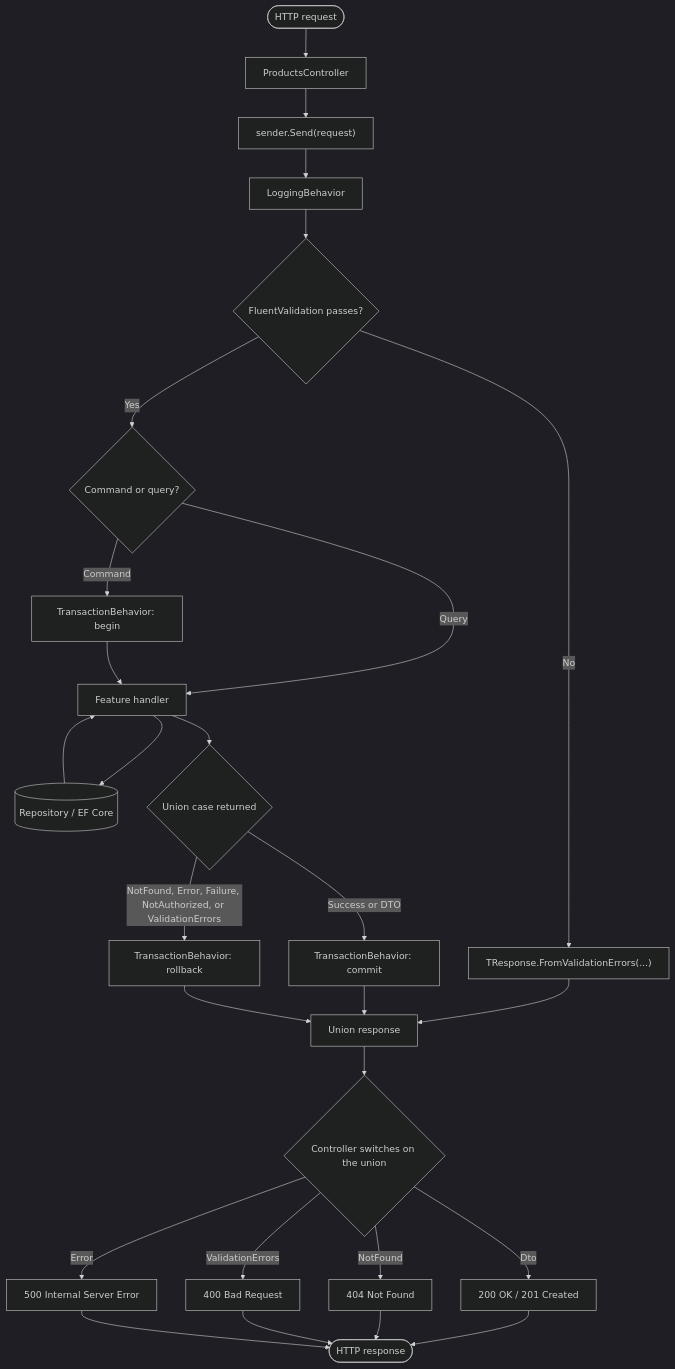
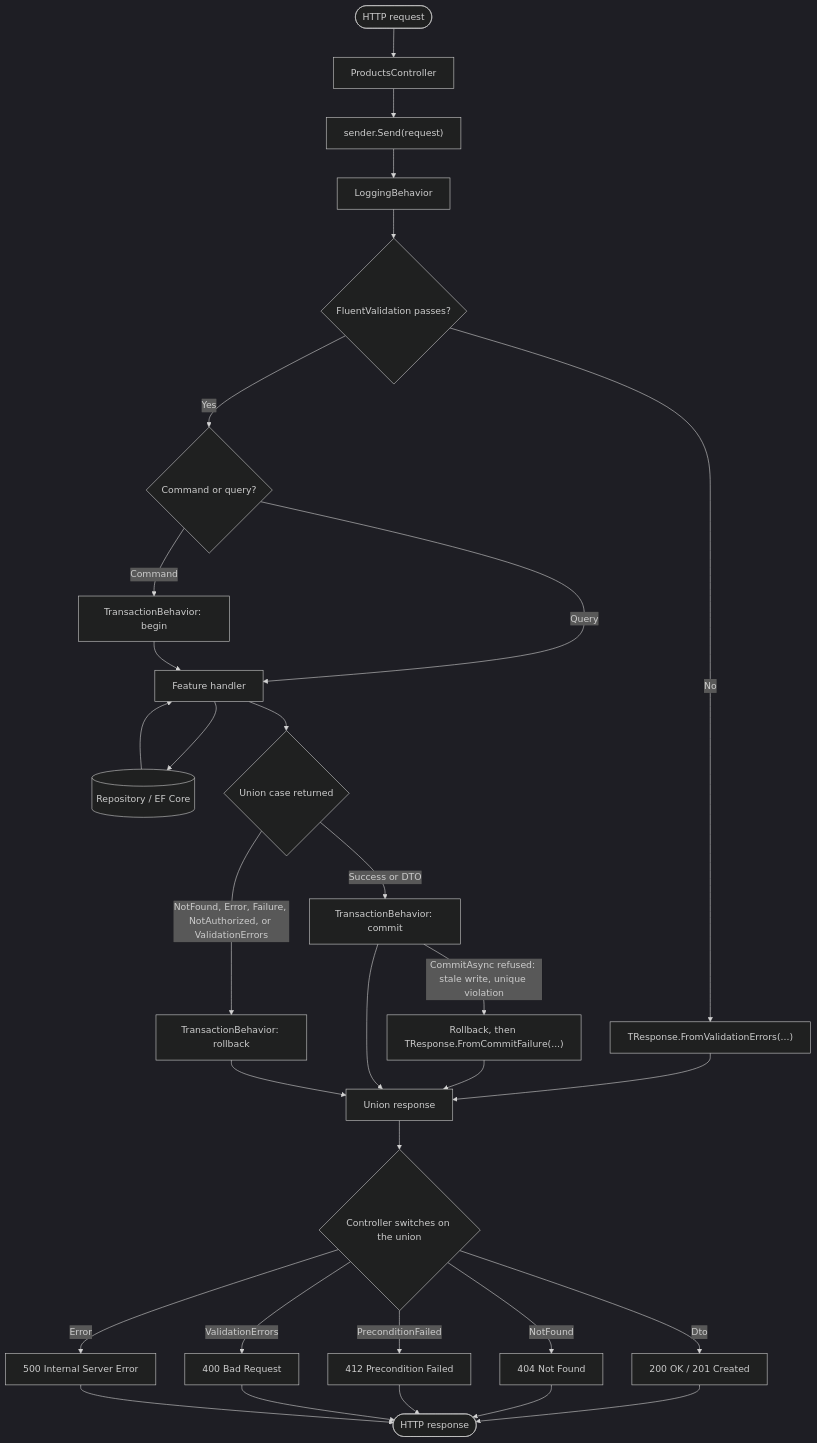
The third of 7 diagrams in README.md (rheone/poc_mediatr-union_types), drawn with Mermaid (dark theme) before and after one commit. The commit also changed other lines of this file and 52 other files, not shown here.

First line of the commit message:
Add optimistic concurrency (ProductVersion, ETag/If-Match) and a typed commit-failure mechanism

````diff
--- a/README.md
+++ b/README.md
@@ -731,29 +779,33 @@
 ```mermaid
 flowchart TD
     Client([HTTP request]) --> Controller[ProductsController]
     Controller --> Sender["sender.Send(request)"]
     Sender --> Logging[LoggingBehavior]
     Logging --> Validation{FluentValidation passes?}
     Validation -->|No| BuildErrors["TResponse.FromValidationErrors(...)"]
     BuildErrors --> ReturnUp[Union response]
     Validation -->|Yes| IsCommand{Command or query?}
     IsCommand -->|Query| Handler[Feature handler]
     IsCommand -->|Command| Begin[TransactionBehavior: begin]
     Begin --> Handler
     Handler --> Repo[(Repository / EF Core)]
     Repo --> Handler
     Handler --> Outcome{Union case returned}
     Outcome -->|Success or DTO| Commit[TransactionBehavior: commit]
+    Commit -->|CommitAsync refused: stale write, unique violation| CommitFailed["Rollback, then TResponse.FromCommitFailure(...)"]
+    CommitFailed --> ReturnUp
     Outcome -->|NotFound, Error, Failure, NotAuthorized, or ValidationErrors| Rollback[TransactionBehavior: rollback]
     Commit --> ReturnUp
     Rollback --> ReturnUp
     ReturnUp --> Map{Controller switches on the union}
     Map -->|Dto| Ok200[200 OK / 201 Created]
     Map -->|NotFound| NF404[404 Not Found]
+    Map -->|PreconditionFailed| PF412[412 Precondition Failed]
     Map -->|ValidationErrors| BadRequest400[400 Bad Request]
     Map -->|Error| ServerError500[500 Internal Server Error]
     Ok200 --> Done([HTTP response])
     NF404 --> Done
+    PF412 --> Done
     BadRequest400 --> Done
     ServerError500 --> Done
 ```
````
